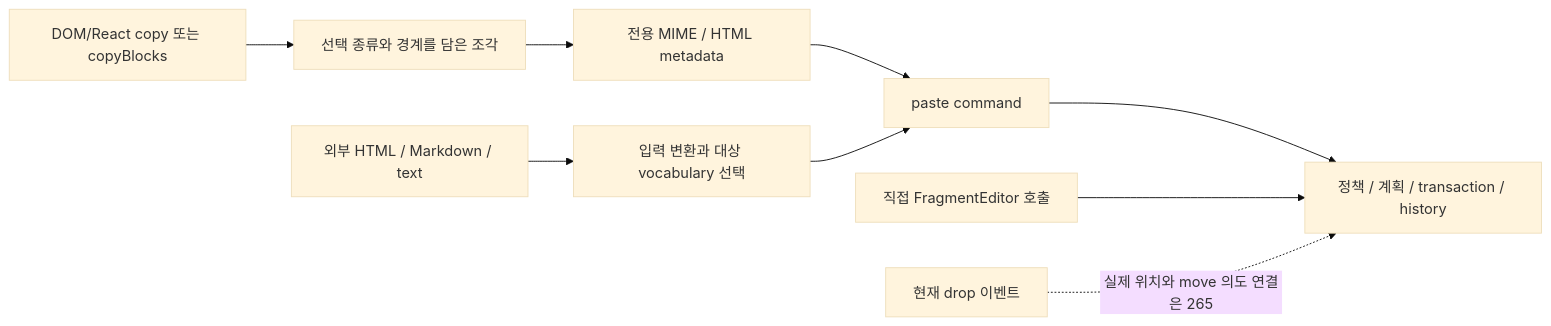
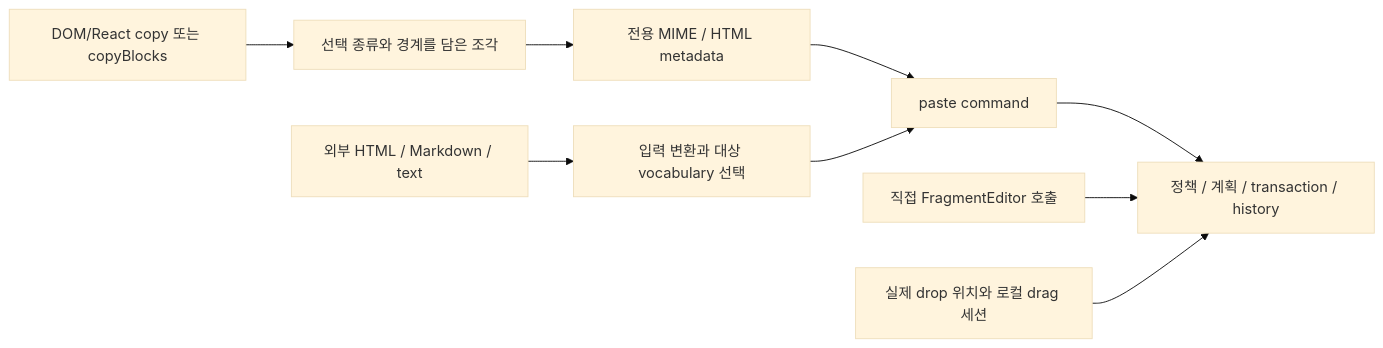
The second of 3 diagrams in docs/schema-editing-guide.md (barocss/barocss-editor), drawn with Mermaid (base theme) before and after one commit. The commit also changed other lines of this file and 30 other files, not shown here.

Commit message:
feat(editing): route native drag and flow moves through fragment plans

````diff
--- a/docs/schema-editing-guide.md
+++ b/docs/schema-editing-guide.md
@@ -40,11 +40,11 @@
 ```mermaid
 flowchart LR
     Copy[DOM/React copy 또는 copyBlocks] --> Fragment[선택 종류와 경계를 담은 조각]
     Fragment --> Transport[전용 MIME / HTML metadata]
     Transport --> Paste[paste command]
     External[외부 HTML / Markdown / text] --> Adapter[입력 변환과 대상 vocabulary 선택]
     Adapter --> Paste
     Paste --> New[정책 / 계획 / transaction / history]
     API[직접 FragmentEditor 호출] --> New
-    Drop[현재 drop 이벤트] -.->|실제 위치와 move 의도 연결은 265| New
+    Drop[실제 drop 위치와 로컬 drag 세션] --> New
 ```
````
